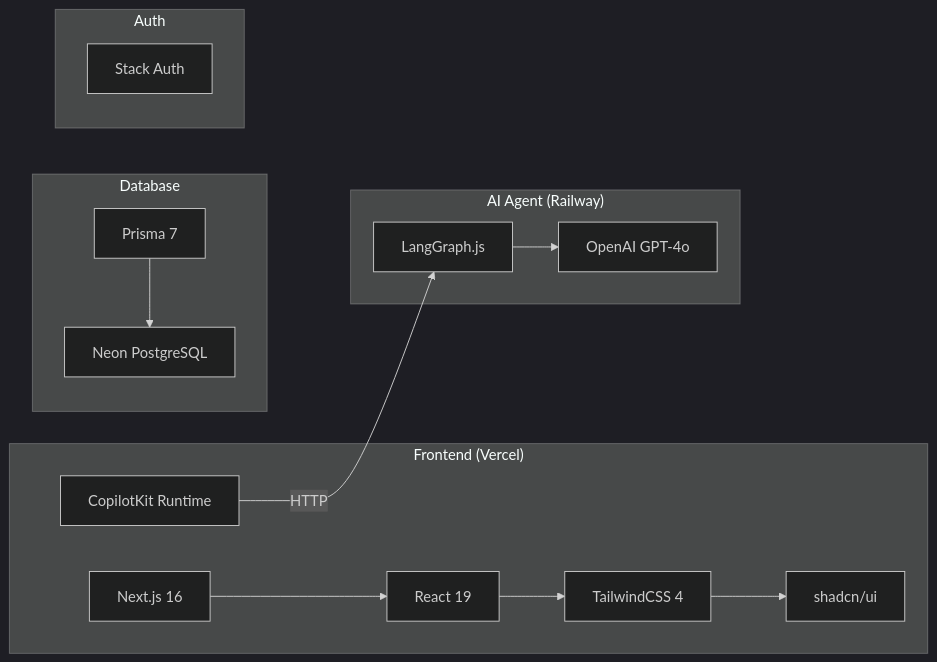
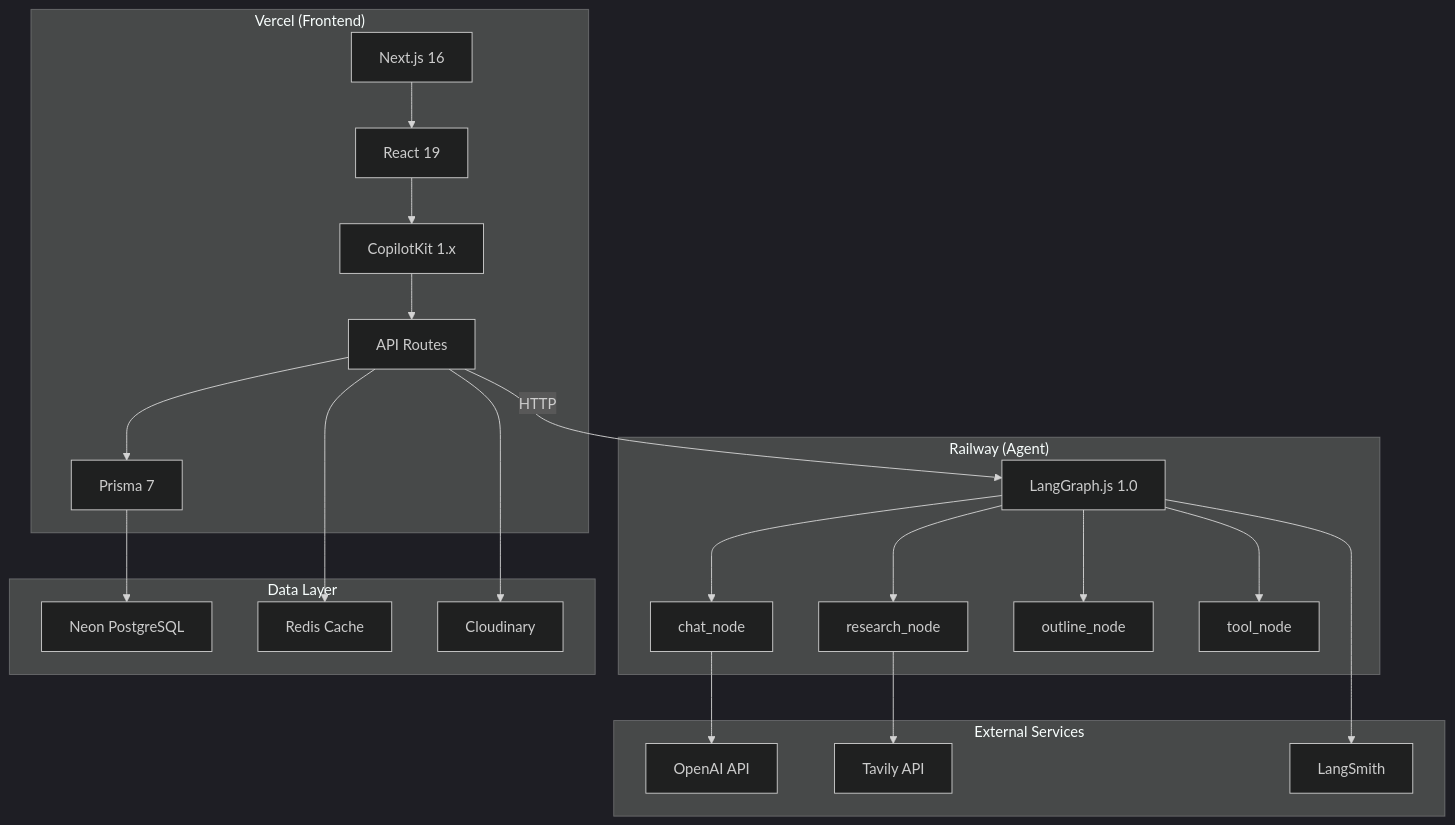
The second of 5 diagrams in README.md (ChanMeng666/fanfic-lab), drawn with Mermaid (dark theme) before and after one commit. The commit also changed other lines of this file and 3 other files, not shown here.

````diff
--- a/README.md
+++ b/README.md
@@ -121,23 +287,36 @@
 ```mermaid
-graph LR
-    subgraph "Frontend (Vercel)"
+graph TB
+    subgraph "Vercel (Frontend)"
         A[Next.js 16] --> B[React 19]
-        B --> C[TailwindCSS 4]
-        C --> D[shadcn/ui]
-        E[CopilotKit Runtime]
+        B --> C[CopilotKit 1.x]
+        C --> D[API Routes]
+        D --> E[Prisma 7]
     end
 
-    subgraph "AI Agent (Railway)"
-        F[LangGraph.js] --> G[OpenAI GPT-4o]
+    subgraph "Railway (Agent)"
+        F[LangGraph.js 1.0] --> G[chat_node]
+        F --> H[research_node]
+        F --> I[outline_node]
+        F --> J[tool_node]
     end
 
-    subgraph "Database"
-        H[Prisma 7] --> I[Neon PostgreSQL]
+    subgraph "External Services"
+        K[OpenAI API]
+        L[Tavily API]
+        M[LangSmith]
     end
 
-    subgraph "Auth"
-        J[Stack Auth]
+    subgraph "Data Layer"
+        N[Neon PostgreSQL]
+        O[Redis Cache]
+        P[Cloudinary]
     end
 
-    E -->|HTTP| F
+    D -->|HTTP| F
+    G --> K
+    H --> L
+    F --> M
+    E --> N
+    D --> O
+    D --> P
 ```
````
